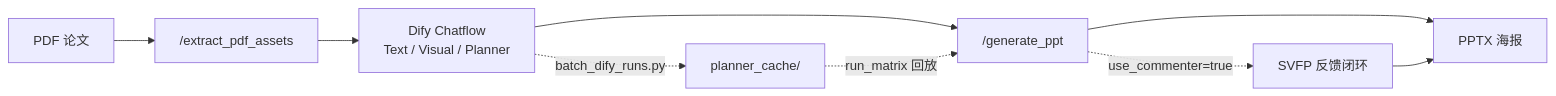
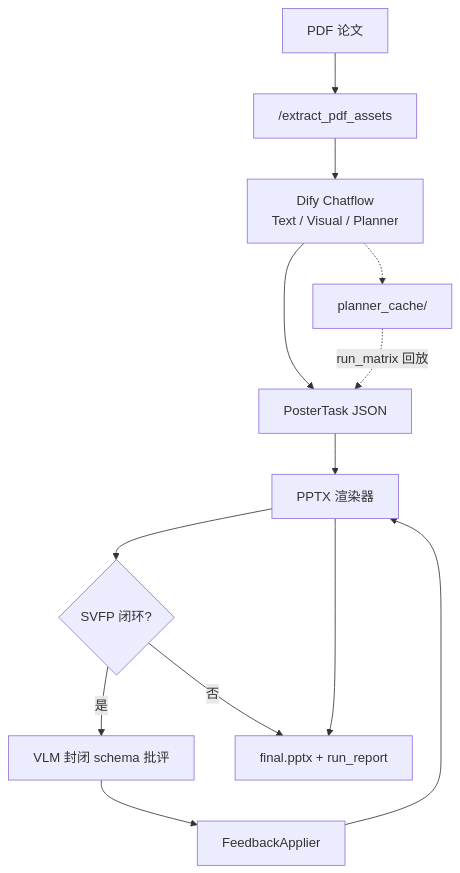
One commit to GHMikael/poster_agent_backend changed the diagram in README.zh-CN.md. Above: the diagram before and after it, drawn with Mermaid. The commit also changed other lines of this file and 28 other files, not shown here.

````diff
--- a/README.zh-CN.md
+++ b/README.zh-CN.md
@@ -72,11 +73,15 @@
 ```mermaid
-flowchart LR
-  PDF[PDF 论文] --> A["/extract_pdf_assets"]
-  A --> Dify[Dify Chatflow<br/>Text / Visual / Planner]
-  Dify --> B["/generate_ppt"]
-  B --> R[PPTX 海报]
-  B -.->|use_commenter=true| Loop[SVFP 反馈闭环]
-  Loop --> R
-  Dify -.->|batch_dify_runs.py| Cache[planner_cache/]
-  Cache -.->|run_matrix 回放| B
+flowchart TB
+  PDF[PDF 论文] --> Extract["/extract_pdf_assets"]
+  Extract --> Dify[Dify Chatflow<br/>Text / Visual / Planner]
+  Dify --> Task[PosterTask JSON]
+  Task --> Render[PPTX 渲染器]
+  Render --> SVFP{SVFP 闭环?}
+  SVFP -->|是| VLM[VLM 封闭 schema 批评]
+  VLM --> Apply[FeedbackApplier]
+  Apply --> Render
+  SVFP -->|否| Out[final.pptx + run_report]
+  Render --> Out
+  Dify -.-> Cache[planner_cache/]
+  Cache -.->|run_matrix 回放| Task
 ```
````
